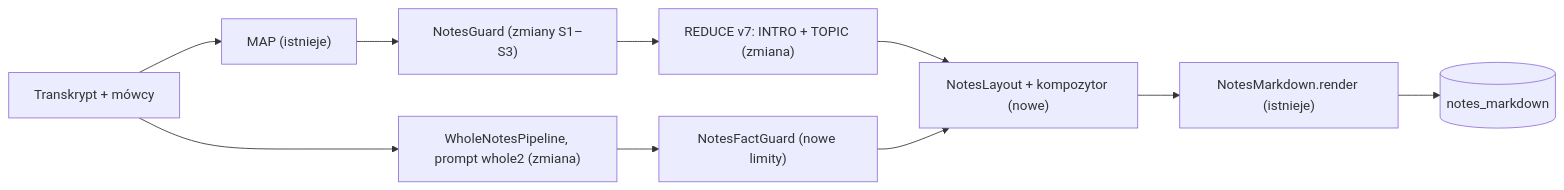
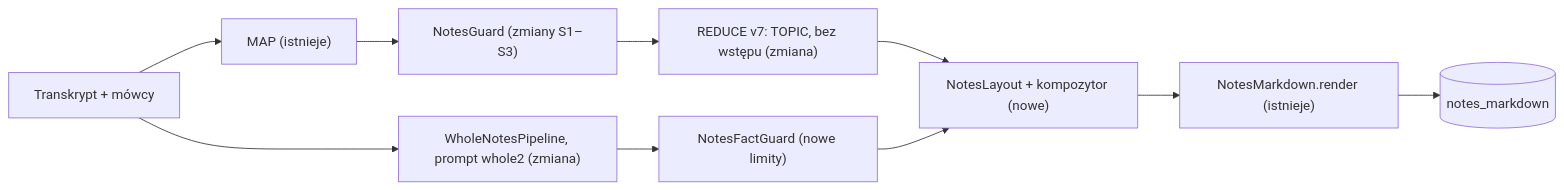
Before and after one commit to mjozefiak/lintel: the diagram in .ai/specs/2026-11-25-meeting-notes-structure.md, drawn with Mermaid. The commit also changed other lines of this file and 32 other files, not shown here.

First line of the commit message:
feat(notes): the built-in track writes no intro (REDUCE v7 without INTRO, trace schema 7)

````diff
--- a/.ai/specs/2026-11-25-meeting-notes-structure.md
+++ b/.ai/specs/2026-11-25-meeting-notes-structure.md
@@ -97,6 +97,6 @@
 ```mermaid
 flowchart LR
-  T[Transkrypt + mówcy] --> M["MAP (istnieje)"] --> G["NotesGuard (zmiany S1–S3)"] --> R["REDUCE v7: INTRO + TOPIC (zmiana)"] --> L
+  T[Transkrypt + mówcy] --> M["MAP (istnieje)"] --> G["NotesGuard (zmiany S1–S3)"] --> R["REDUCE v7: TOPIC, bez wstępu (zmiana)"] --> L
   T --> W["WholeNotesPipeline, prompt whole2 (zmiana)"] --> F["NotesFactGuard (nowe limity)"] --> L
   L["NotesLayout + kompozytor (nowe)"] --> MD["NotesMarkdown.render (istnieje)"] --> DB[(notes_markdown)]
 ```
````
